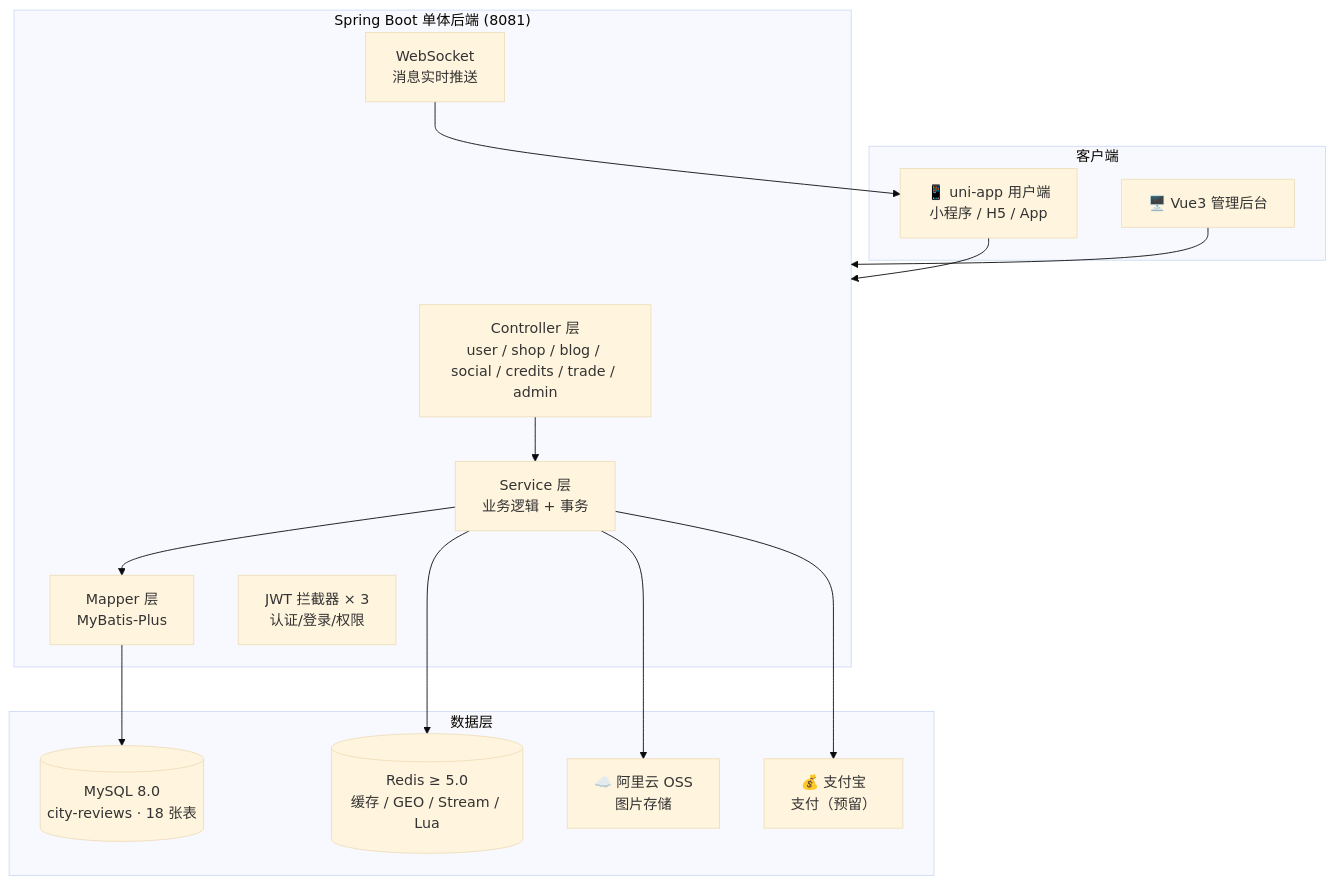
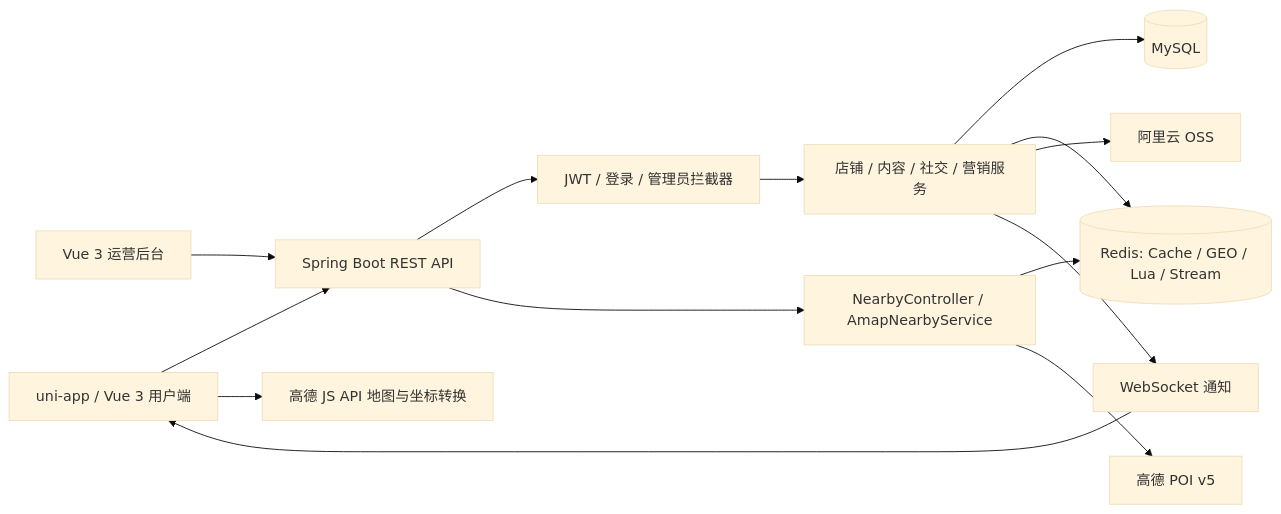
The diagram in README.md (Yu050318/CampusLife), drawn with Mermaid (base theme) before and after one commit. The commit also changed other lines of this file and 55 other files, not shown here.

````diff
--- a/README.md
+++ b/README.md
@@ -91,30 +73,16 @@
 ```mermaid
-flowchart TB
-    subgraph Client["客户端"]
-        U[📱 uni-app 用户端<br/>小程序 / H5 / App]
-        A[🖥️ Vue3 管理后台]
-    end
-
-    subgraph Backend["Spring Boot 单体后端 (8081)"]
-        C[Controller 层<br/>user / shop / blog / social / credits / trade / admin]
-        S[Service 层<br/>业务逻辑 + 事务]
-        M[Mapper 层<br/>MyBatis-Plus]
-        WS[WebSocket<br/>消息实时推送]
-        IC[JWT 拦截器 × 3<br/>认证/登录/权限]
-    end
-
-    subgraph Data["数据层"]
-        DB[(MySQL 8.0<br/>city-reviews · 18 张表)]
-        RD[(Redis ≥ 5.0<br/>缓存 / GEO / Stream / Lua)]
-        OSS[☁️ 阿里云 OSS<br/>图片存储]
-        PAY[💰 支付宝<br/>支付（预留）]
-    end
-
-    U --> Backend
-    A --> Backend
-    C --> S --> M --> DB
-    S --> RD
-    WS --> U
-    S --> OSS
-    S --> PAY
+flowchart LR
+    H[uni-app / Vue 3 用户端] --> API[Spring Boot REST API]
+    A[Vue 3 运营后台] --> API
+    API --> AUTH[JWT / 登录 / 管理员拦截器]
+    AUTH --> S[店铺 / 内容 / 社交 / 营销服务]
+    S --> DB[(MySQL)]
+    S --> R[(Redis: Cache / GEO / Lua / Stream)]
+    S --> OSS[阿里云 OSS]
+    API --> N[NearbyController / AmapNearbyService]
+    N --> R
+    N --> AMAP[高德 POI v5]
+    H --> MAP[高德 JS API 地图与坐标转换]
+    S --> WS[WebSocket 通知]
+    WS --> H
 ```
````
